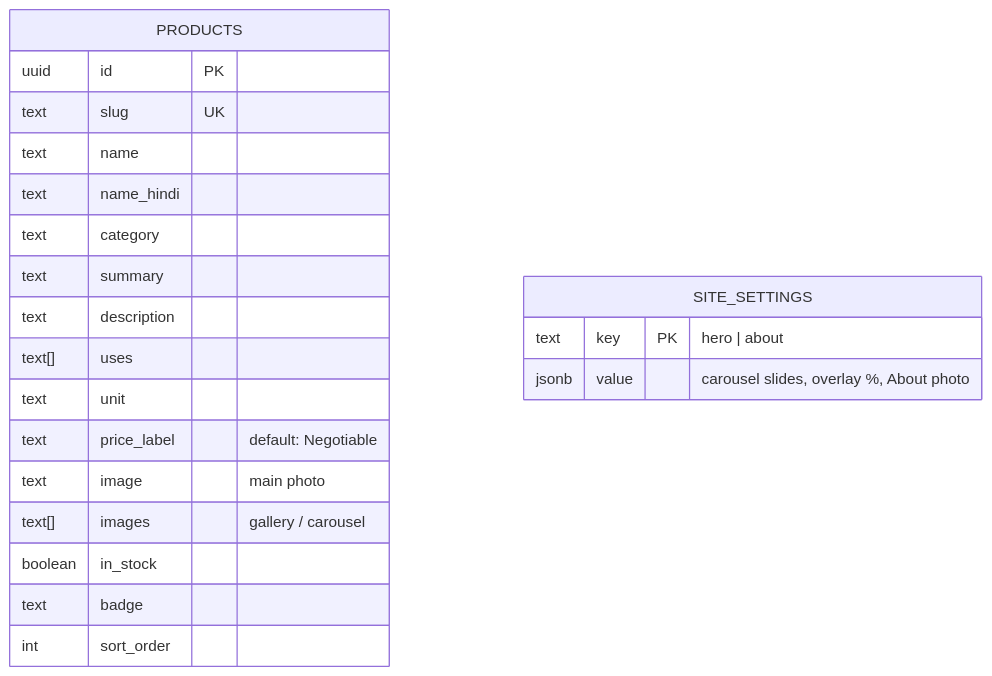
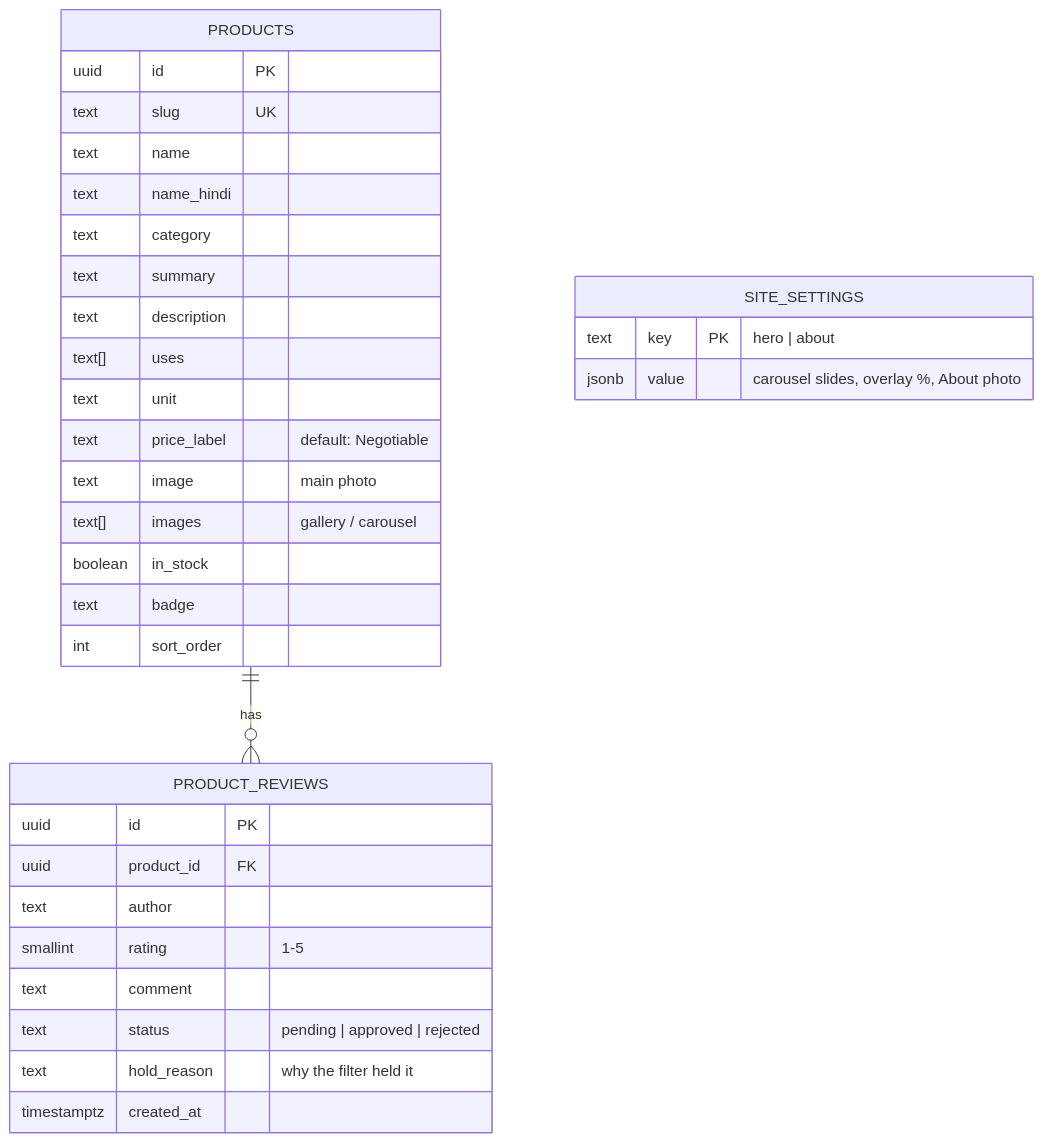
Before and after one commit to hemantyadav79/kamakhyatraders: the fourth of 4 diagrams in README.md, drawn with Mermaid. The commit also changed other lines of this file and 27 other files, not shown here.

````diff
--- a/README.md
+++ b/README.md
@@ -142,24 +142,35 @@
 ```mermaid
 erDiagram
     PRODUCTS {
         uuid id PK
         text slug UK
         text name
         text name_hindi
         text category
         text summary
         text description
         text[] uses
         text unit
         text price_label "default: Negotiable"
         text image "main photo"
         text[] images "gallery / carousel"
         boolean in_stock
         text badge
         int sort_order
     }
+    PRODUCT_REVIEWS {
+        uuid id PK
+        uuid product_id FK
+        text author
+        smallint rating "1-5"
+        text comment
+        text status "pending | approved | rejected"
+        text hold_reason "why the filter held it"
+        timestamptz created_at
+    }
     SITE_SETTINGS {
         text key PK "hero | about"
         jsonb value "carousel slides, overlay %, About photo"
     }
+    PRODUCTS ||--o{ PRODUCT_REVIEWS : has
 ```
````
